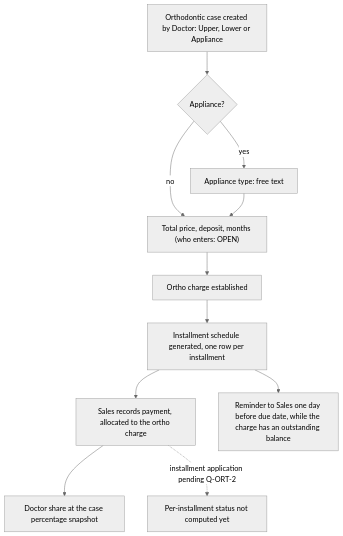
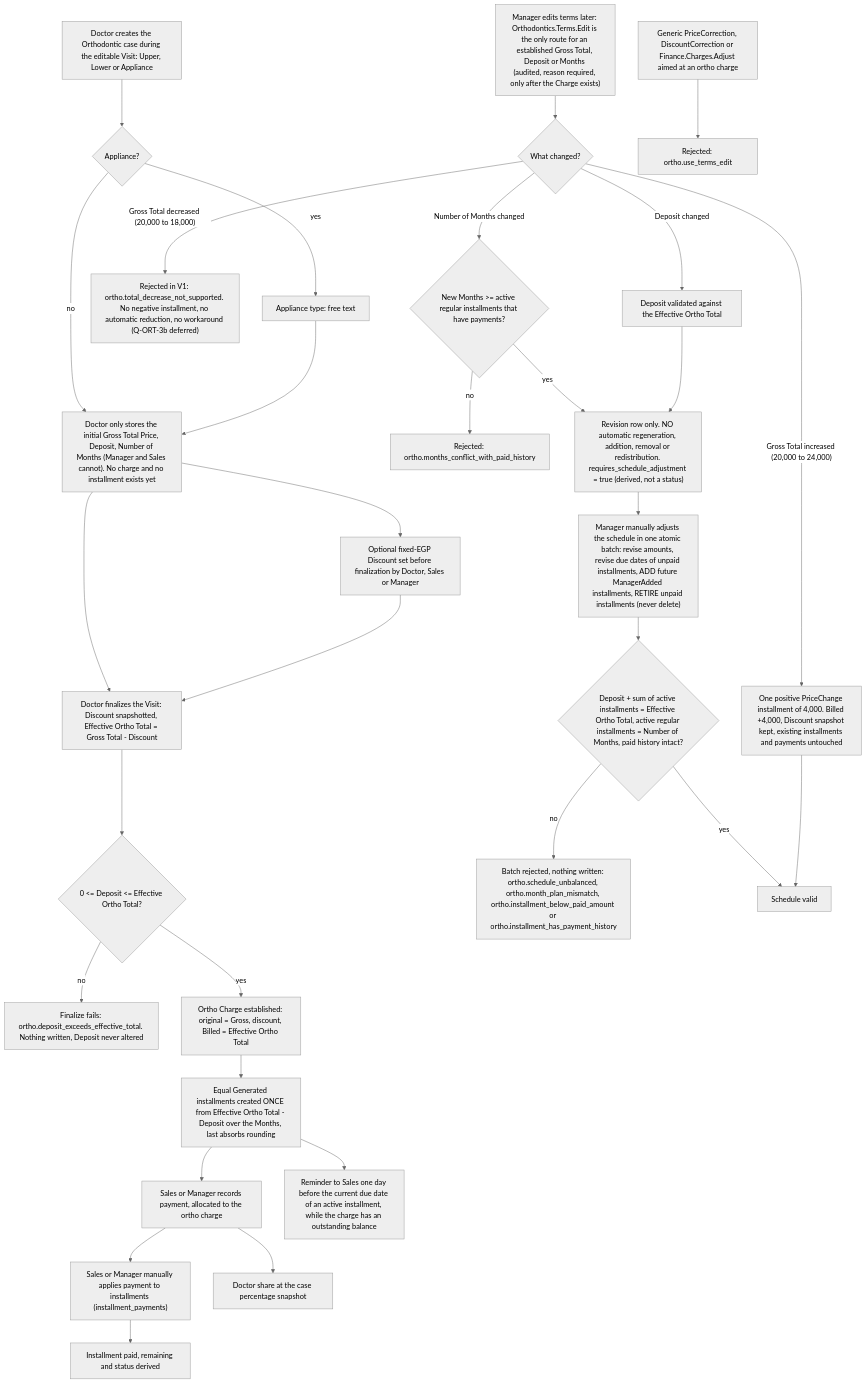
Before and after one commit to mostafaabdullah11/Dental-clinical-system: diagram 11 of 26 in docs/DIAGRAMS.md, drawn with Mermaid (neutral theme). The commit also changed other lines of this file and 51 other files, not shown here.

````diff
--- a/docs/DIAGRAMS.md
+++ b/docs/DIAGRAMS.md
@@ -343,13 +374,33 @@
 ```mermaid
 flowchart TD
-    A["Orthodontic case created by Doctor: Upper, Lower or Appliance"] --> AP{"Appliance?"}
+    A["Doctor creates the Orthodontic case during the editable Visit: Upper, Lower or Appliance"] --> AP{"Appliance?"}
     AP -->|"yes"| FT["Appliance type: free text"]
     AP -->|"no"| TERMS
-    FT --> TERMS["Total price, deposit, months (who enters: OPEN)"]
-    TERMS --> CHG["Ortho charge established"]
-    CHG --> SCH["Installment schedule generated, one row per installment"]
-    SCH --> PAYM["Sales records payment, allocated to the ortho charge"]
+    FT --> TERMS["Doctor only stores the initial Gross Total Price, Deposit, Number of Months (Manager and Sales cannot). No charge and no installment exists yet"]
+    TERMS --> DISC["Optional fixed-EGP Discount set before finalization by Doctor, Sales or Manager"]
+    TERMS --> FINZ
+    DISC --> FINZ["Doctor finalizes the Visit: Discount snapshotted, Effective Ortho Total = Gross Total - Discount"]
+    FINZ --> VAL{"0 <= Deposit <= Effective Ortho Total?"}
+    VAL -->|"no"| REJ["Finalize fails: ortho.deposit_exceeds_effective_total. Nothing written, Deposit never altered"]
+    VAL -->|"yes"| CHG["Ortho Charge established: original = Gross, discount, Billed = Effective Ortho Total"]
+    CHG --> SCH["Equal Generated installments created ONCE from Effective Ortho Total - Deposit over the Months, last absorbs rounding"]
+    SCH --> PAYM["Sales or Manager records payment, allocated to the ortho charge"]
+    PAYM --> APPL["Sales or Manager manually applies payment to installments (installment_payments)"]
+    APPL --> ST["Installment paid, remaining and status derived"]
     PAYM --> SPLIT["Doctor share at the case percentage snapshot"]
-    PAYM -.->|"installment application pending Q-ORT-2"| APPL["Per-installment status not computed yet"]
-    SCH --> REM["Reminder to Sales one day before due date, while the charge has an outstanding balance"]
+    SCH --> REM["Reminder to Sales one day before the current due date of an active installment, while the charge has an outstanding balance"]
+    MGR["Manager edits terms later: Orthodontics.Terms.Edit is the only route for an established Gross Total, Deposit or Months (audited, reason required, only after the Charge exists)"] --> KIND{"What changed?"}
+    KIND -->|"Gross Total increased (20,000 to 24,000)"| DIFF["One positive PriceChange installment of 4,000. Billed +4,000, Discount snapshot kept, existing installments and payments untouched"]
+    KIND -->|"Gross Total decreased (20,000 to 18,000)"| DEC["Rejected in V1: ortho.total_decrease_not_supported. No negative installment, no automatic reduction, no workaround (Q-ORT-3b deferred)"]
+    KIND -->|"Deposit changed"| DEPC["Deposit validated against the Effective Ortho Total"]
+    KIND -->|"Number of Months changed"| MCHK{"New Months >= active regular installments that have payments?"}
+    MCHK -->|"no"| MREJ["Rejected: ortho.months_conflict_with_paid_history"]
+    MCHK -->|"yes"| UNB
+    DEPC --> UNB["Revision row only. NO automatic regeneration, addition, removal or redistribution. requires_schedule_adjustment = true (derived, not a status)"]
+    UNB --> ADJ["Manager manually adjusts the schedule in one atomic batch: revise amounts, revise due dates of unpaid installments, ADD future ManagerAdded installments, RETIRE unpaid installments (never delete)"]
+    ADJ --> CHK{"Deposit + sum of active installments = Effective Ortho Total, active regular installments = Number of Months, paid history intact?"}
+    CHK -->|"no"| BAD["Batch rejected, nothing written: ortho.schedule_unbalanced, ortho.month_plan_mismatch, ortho.installment_below_paid_amount or ortho.installment_has_payment_history"]
+    CHK -->|"yes"| BAL["Schedule valid"]
+    DIFF --> BAL
+    GEN["Generic PriceCorrection, DiscountCorrection or Finance.Charges.Adjust aimed at an ortho charge"] --> USE["Rejected: ortho.use_terms_edit"]
 ```
````
